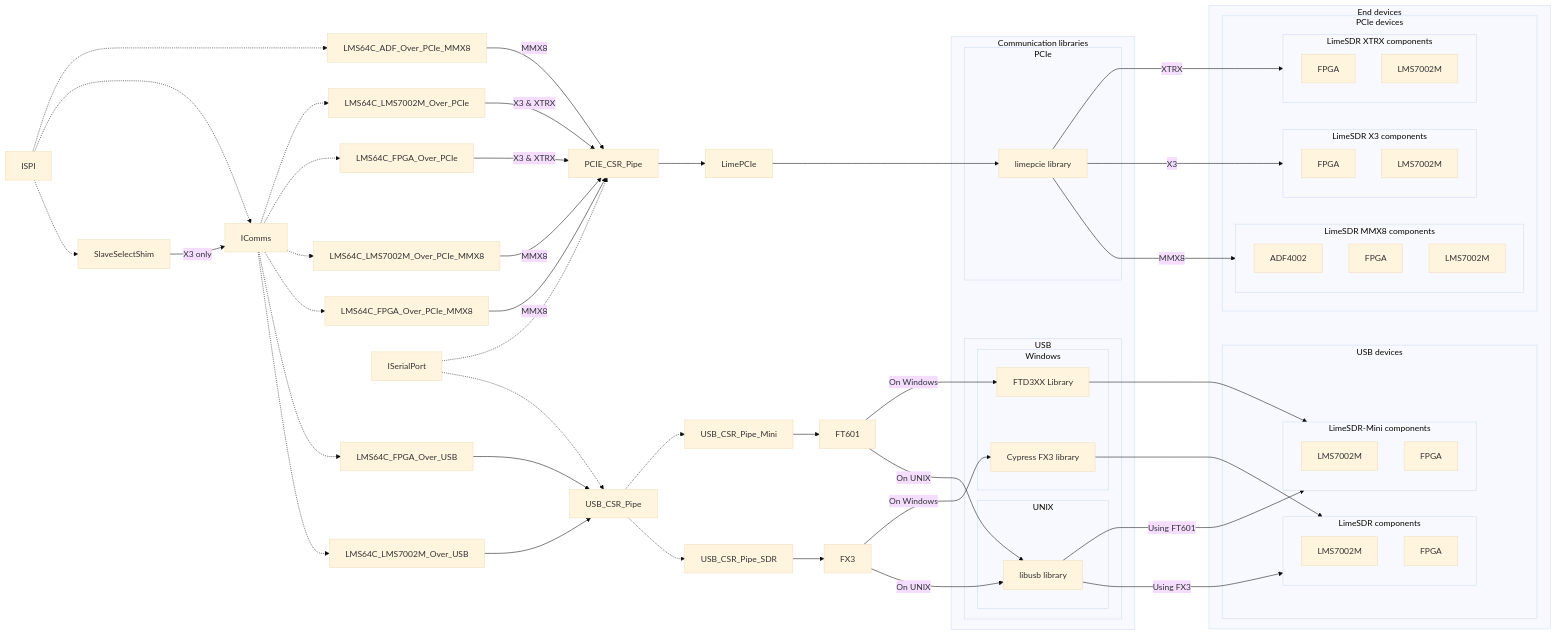
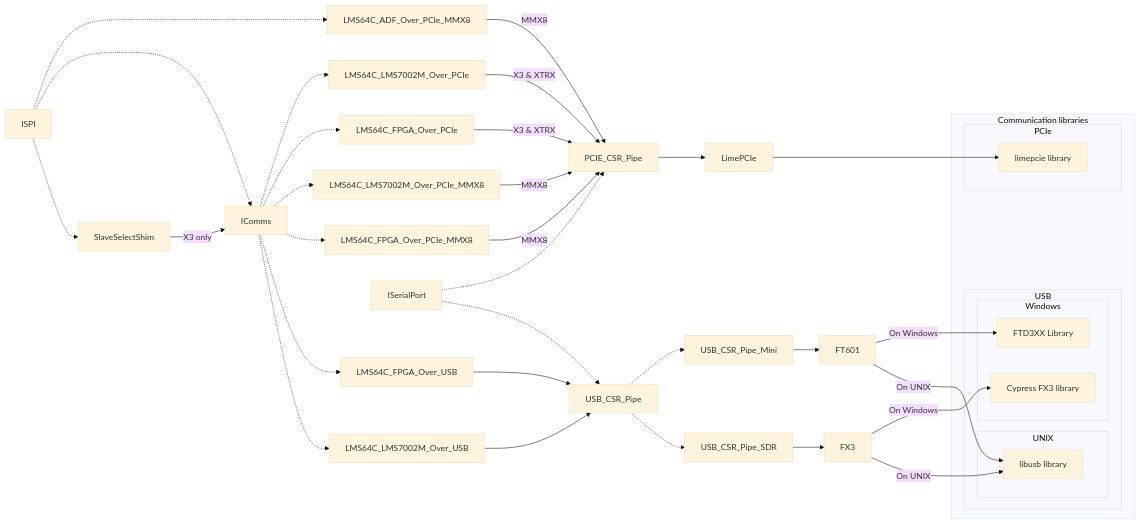
Before and after one commit to myriadrf/LimeSuiteNG: the diagram in docs/developer/Introduction/comms.mmd, drawn with Mermaid (base theme).

Commit message:
DOCS: Removed end devices nodes from communication flowchart.

```diff
--- a/docs/developer/Introduction/comms.mmd
+++ b/docs/developer/Introduction/comms.mmd
@@ -1,74 +1,40 @@
 flowchart LR
-    subgraph End devices
-        subgraph USB devices
-            subgraph SDR["LimeSDR components"]
-                LMS7002M_SDR[LMS7002M]
-                FPGA_SDR[FPGA]
-            end
-            subgraph SDRMini["LimeSDR-Mini components"]
-                LMS7002M_Mini[LMS7002M]
-                FPGA_Mini[FPGA]
-            end
-        end
-        subgraph PCIe devices
-            subgraph X3[LimeSDR X3 components]
-                FPGA_X3[FPGA]
-                LMS7002M_X3["LMS7002M"]
-            end
-            subgraph XTRX[LimeSDR XTRX components]
-                FPGA_XTRX["FPGA"]
-                LMS7002M_XTRX["LMS7002M"]
-            end
-            subgraph MMX8[LimeSDR MMX8 components]
-                ADF4002_MMX8["ADF4002"]
-                FPGA_MMX8["FPGA"]
-                LMS7002M_MMX8["LMS7002M"]
-            end
-        end
-    end
-
     subgraph Communication libraries
         subgraph USB
             subgraph UNIX
                 libusb["libusb library"]
             end
             subgraph Windows
                 Cypress["Cypress FX3 library"]
                 FTD3XX["FTD3XX Library"]
             end
         end
         subgraph PCIe
             limepcie["limepcie library"]
         end
     end
 
     %% PCIe
     ISPI-.->LMS64C_ADF_Over_PCIe_MMX8 & IComms & SlaveSelectShim
     IComms-.->LMS64C_LMS7002M_Over_PCIe & LMS64C_FPGA_Over_PCIe & LMS64C_LMS7002M_Over_PCIe_MMX8 & LMS64C_FPGA_Over_PCIe_MMX8
 
     SlaveSelectShim-->|X3 only|IComms
 
     LMS64C_LMS7002M_Over_PCIe & LMS64C_FPGA_Over_PCIe-->|X3 & XTRX|PCIE_CSR_Pipe
     LMS64C_LMS7002M_Over_PCIe_MMX8 & LMS64C_ADF_Over_PCIe_MMX8 & LMS64C_FPGA_Over_PCIe_MMX8-->|MMX8|PCIE_CSR_Pipe
 
     ISerialPort-.->PCIE_CSR_Pipe
     PCIE_CSR_Pipe-->LimePCIe-->limepcie
 
-    limepcie-->|XTRX|XTRX
-    limepcie-->|X3|X3
-    limepcie-->|MMX8|MMX8
 
     %% USB
     IComms-.->LMS64C_FPGA_Over_USB & LMS64C_LMS7002M_Over_USB-->USB_CSR_Pipe
     ISerialPort-.->USB_CSR_Pipe
 
     USB_CSR_Pipe-.->USB_CSR_Pipe_Mini & USB_CSR_Pipe_SDR
     USB_CSR_Pipe_SDR-->FX3
     USB_CSR_Pipe_Mini-->FT601
 
-    FX3-->|On Windows|Cypress-->SDR
-    FT601-->|On Windows|FTD3XX-->SDRMini
+    FX3-->|On Windows|Cypress
+    FT601-->|On Windows|FTD3XX
     FX3 & FT601-->|On UNIX|libusb
-
-    libusb-->|Using FT601|SDRMini 
-    libusb-->|Using FX3|SDR
```
